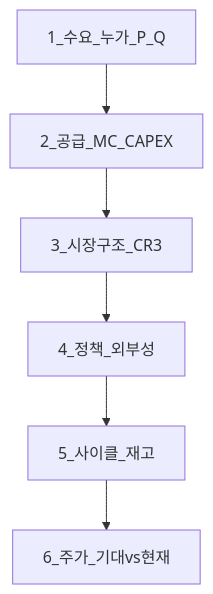
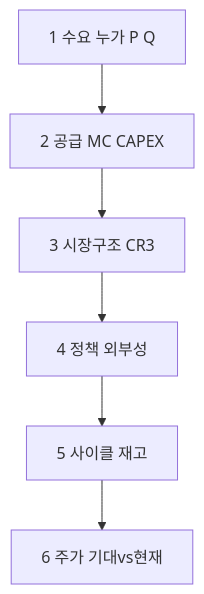
The first of 3 diagrams in 02-economics/micro-05-sector-applications.md (goldanghenry/Finances), drawn with Mermaid before and after one commit. The commit also changed other lines of this file and 211 other files, not shown here.

````diff
--- a/02-economics/micro-05-sector-applications.md
+++ b/02-economics/micro-05-sector-applications.md
@@ -112,8 +126,8 @@
 ```mermaid
 flowchart TD
-  S1[1_수요_누가_P_Q] --> S2[2_공급_MC_CAPEX]
-  S2 --> S3[3_시장구조_CR3]
-  S3 --> S4[4_정책_외부성]
-  S4 --> S5[5_사이클_재고]
-  S5 --> S6[6_주가_기대vs현재]
+  S1["1 수요 누가 P Q"] --> S2["2 공급 MC CAPEX"]
+  S2 --> S3["3 시장구조 CR3"]
+  S3 --> S4["4 정책 외부성"]
+  S4 --> S5["5 사이클 재고"]
+  S5 --> S6["6 주가 기대vs현재"]
 ```
````
